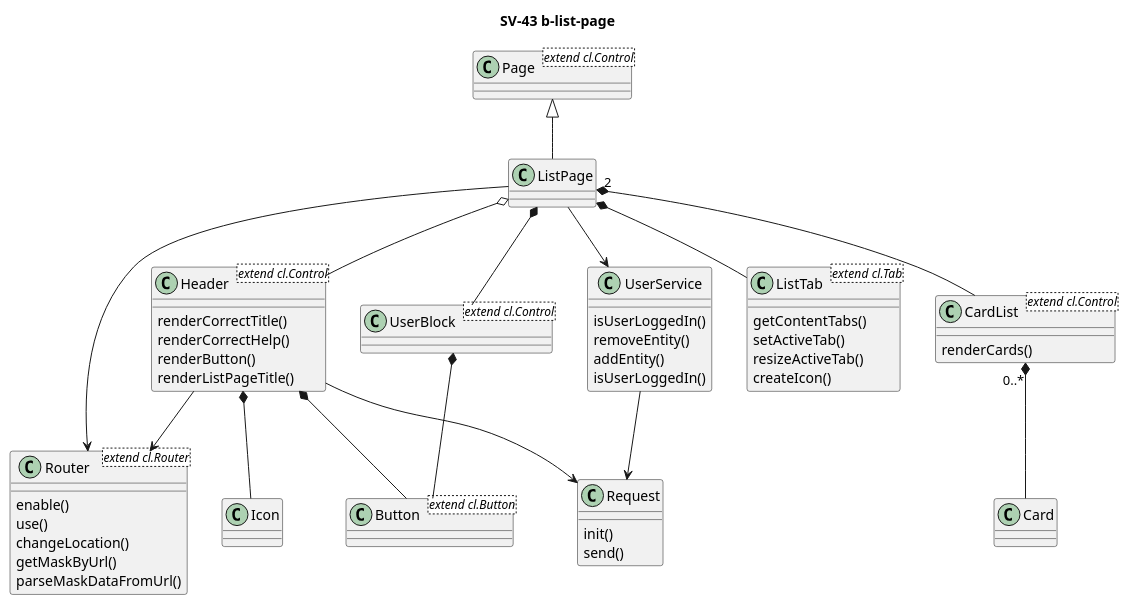
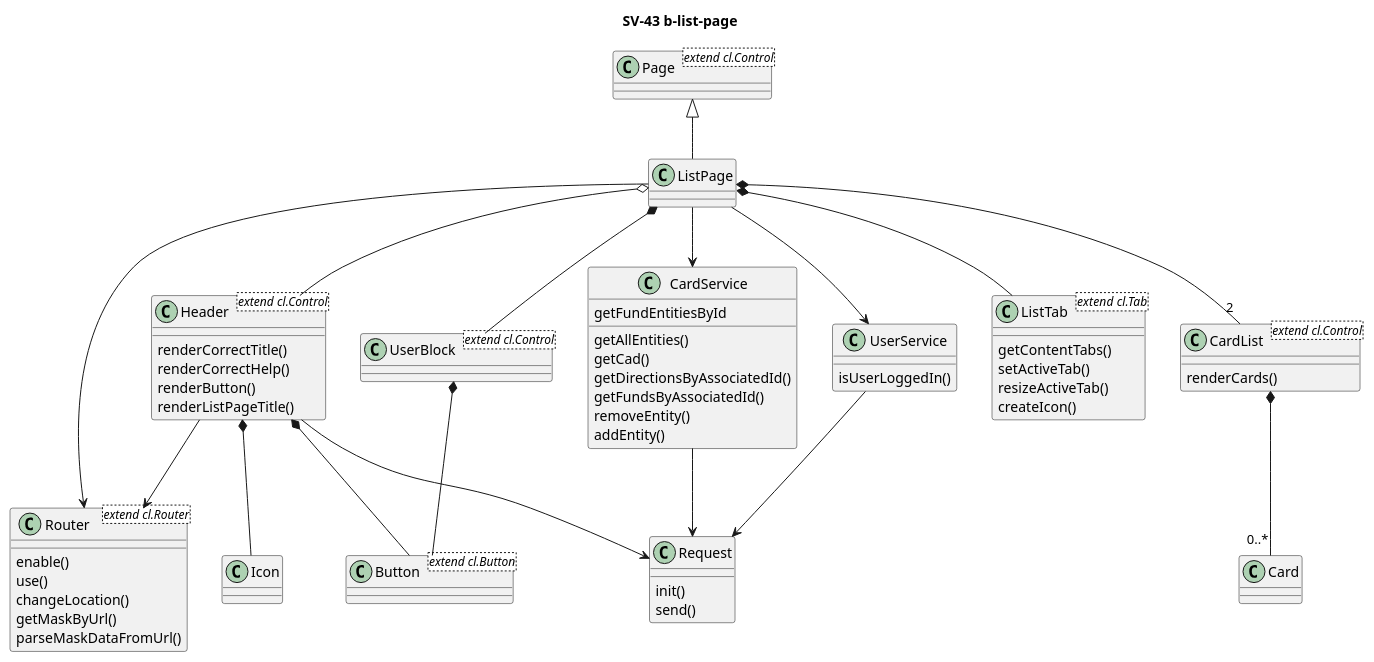
Before and after one commit to Sprinter101/sp101: the diagram in uml/b-list-page.pu, drawn with PlantUML. The commit also changed 1 other file, not shown here.

Commit message:
SV-109 corrected uml diagrams

```diff
--- a/uml/b-list-page.pu
+++ b/uml/b-list-page.pu
@@ -1,69 +1,75 @@
 @startuml
 
 title SV-43 b-list-page
 
 Page <|-- ListPage
 ListPage o-- Header
 ListPage *-- UserBlock
 ListPage *-- ListTab
-ListPage "2" *-- CardList
+ListPage *-- "2" CardList
 ListPage --> Router
 ListPage --> UserService
+ListPage --> CardService
 
 Header *-- Icon
 Header *-- Button
 Header --> Router
 Header --> Request
 
 UserBlock *-- Button
 
-CardList "0..*" *-- Card
+CardList *--  "0..*" Card
 
 UserService --> Request
+CardService --> Request
 
 class CardList <extend cl.Control> {
     renderCards()
 }
 
 class UserService {
     isUserLoggedIn()
+}
+
+class CardService {
+    getAllEntities()
+    getCad()
+    getDirectionsByAssociatedId()
+    getFundsByAssociatedId()
+    getFundEntitiesById
     removeEntity()
     addEntity()
 }
 
 class ListTab <extend cl.Tab> {
     getContentTabs()
     setActiveTab()
     resizeActiveTab()
     createIcon()
 }
 
 class Header <extend cl.Control> {
     renderCorrectTitle()
     renderCorrectHelp()
     renderButton()
     renderListPageTitle()
 }
 
 class Router <extend cl.Router> {
     enable()
     use()
     changeLocation()
     getMaskByUrl()
     parseMaskDataFromUrl()
 }
 
-class UserService {
-    isUserLoggedIn()
-}
-
 class UserBlock <extend cl.Control>
 class Button <extend cl.Button>
 class Page  <extend cl.Control>
 class Request {
     init()
     send()
 }
 
 
 @enduml
```
